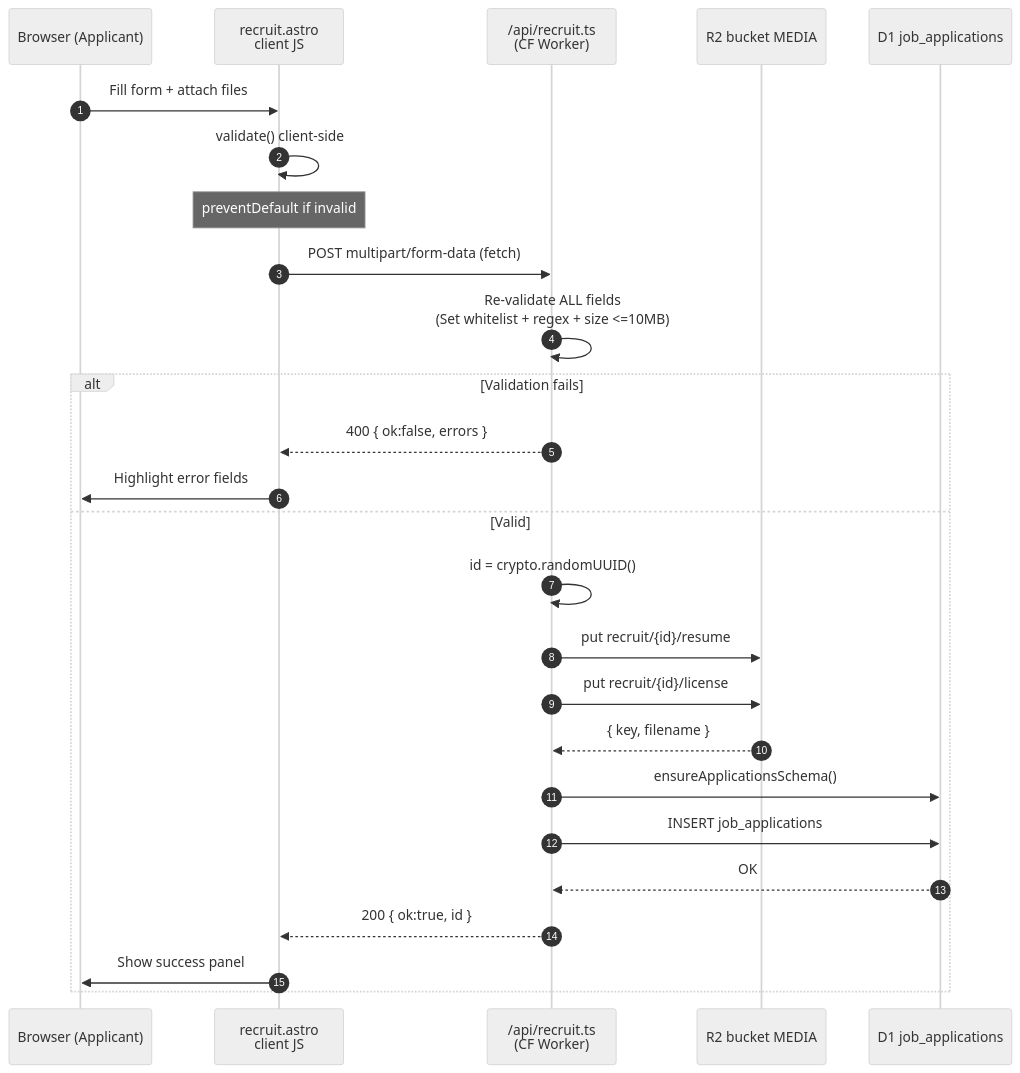
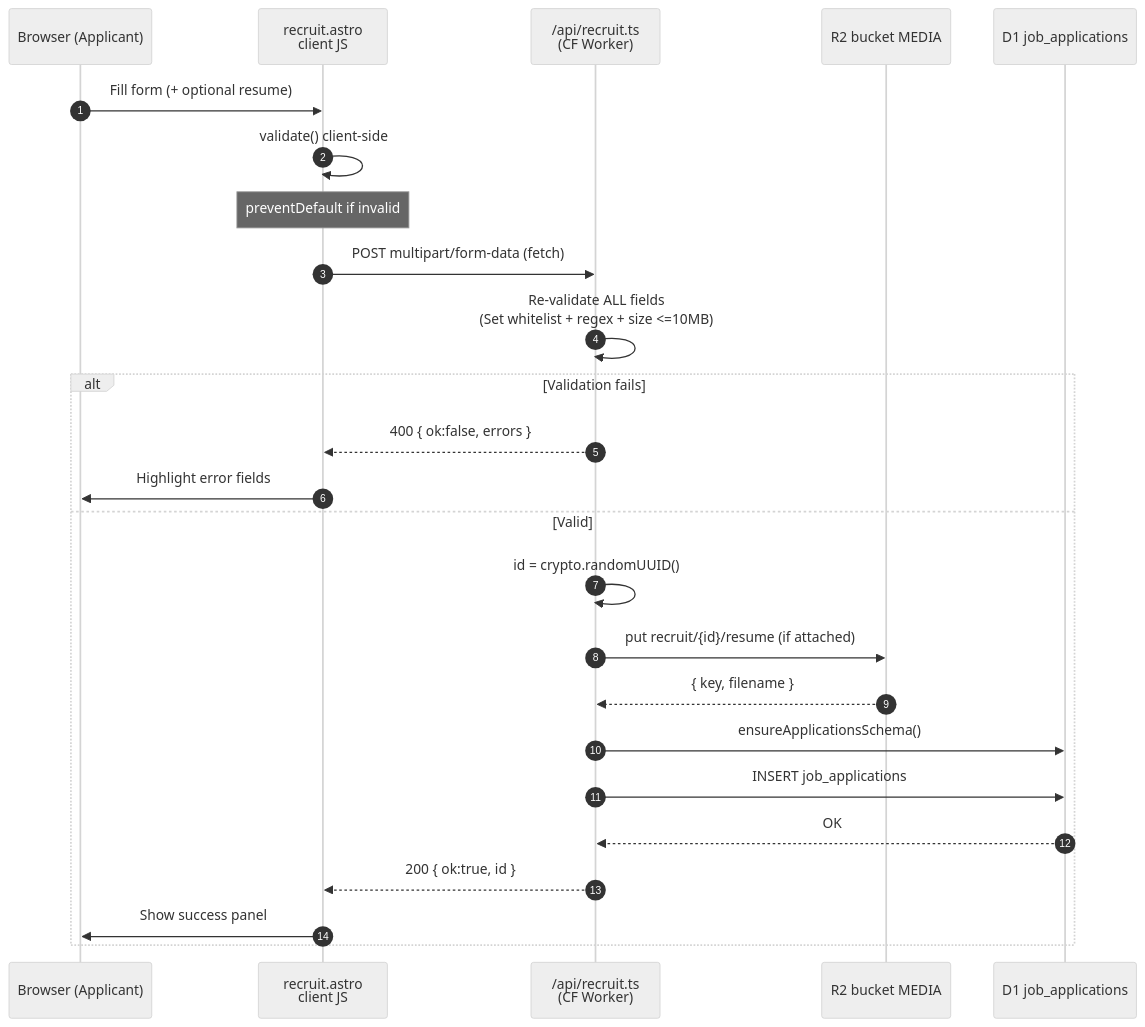
Before and after one commit to curevanails/curevanails: the diagram in docs/diagrams/hiring-flow.mmd, drawn with Mermaid (neutral theme). The commit also changed 8 other files, not shown here.

First line of the commit message:
feat(recruit): July 2026 Hiring Form field set across form, API, D1 & admin

```diff
--- a/docs/diagrams/hiring-flow.mmd
+++ b/docs/diagrams/hiring-flow.mmd
@@ -1,27 +1,26 @@
 sequenceDiagram
     autonumber
     participant U as Browser (Applicant)
     participant F as recruit.astro<br/>client JS
     participant API as /api/recruit.ts<br/>(CF Worker)
     participant R2 as R2 bucket MEDIA
     participant D1 as D1 job_applications
 
-    U->>F: Fill form + attach files
+    U->>F: Fill form (+ optional resume)
     F->>F: validate() client-side
     Note over F: preventDefault if invalid
     F->>API: POST multipart/form-data (fetch)
     API->>API: Re-validate ALL fields<br/>(Set whitelist + regex + size <=10MB)
     alt Validation fails
         API-->>F: 400 { ok:false, errors }
         F->>U: Highlight error fields
     else Valid
         API->>API: id = crypto.randomUUID()
-        API->>R2: put recruit/{id}/resume
-        API->>R2: put recruit/{id}/license
+        API->>R2: put recruit/{id}/resume (if attached)
         R2-->>API: { key, filename }
         API->>D1: ensureApplicationsSchema()
         API->>D1: INSERT job_applications
         D1-->>API: OK
         API-->>F: 200 { ok:true, id }
         F->>U: Show success panel
     end
```
